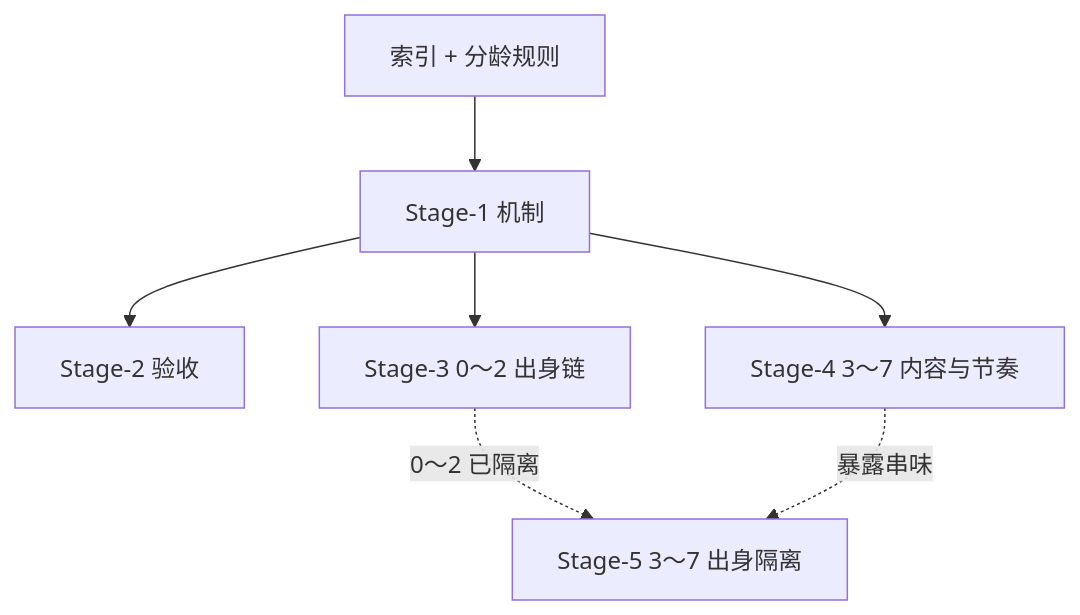
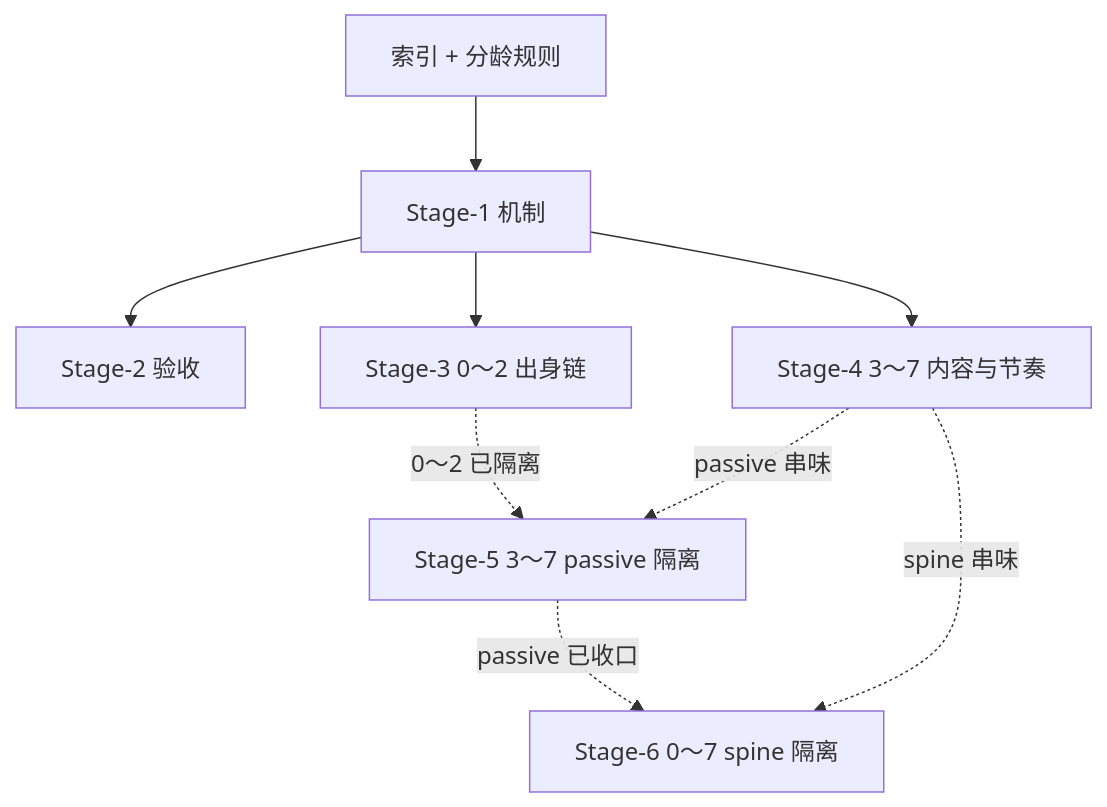
One commit to molibaby1/wuxia-life changed the diagram in docs/PRD/early-childhood-opening-experience-index.md. Above: the diagram before and after it, drawn with Mermaid. The commit also changed other lines of this file and 2 other files, not shown here.

Commit message:
docs: add Stage-6 spine origin isolation PRD and design index links

````diff
--- a/docs/PRD/early-childhood-opening-experience-index.md
+++ b/docs/PRD/early-childhood-opening-experience-index.md
@@ -34,16 +35,19 @@
 ```mermaid
 flowchart TB
   IDX[索引 + 分龄规则]
   S1[Stage-1 机制]
   S2[Stage-2 验收]
   S3[Stage-3 0～2 出身链]
   S4[Stage-4 3～7 内容与节奏]
-  S5[Stage-5 3～7 出身隔离]
+  S5[Stage-5 3～7 passive 隔离]
+  S6[Stage-6 0～7 spine 隔离]
 
   IDX --> S1
   S1 --> S2
   S1 --> S3
   S1 --> S4
   S3 -.->|0～2 已隔离| S5
-  S4 -.->|暴露串味| S5
+  S4 -.->|passive 串味| S5
+  S4 -.->|spine 串味| S6
+  S5 -.->|passive 已收口| S6
 ```
````
